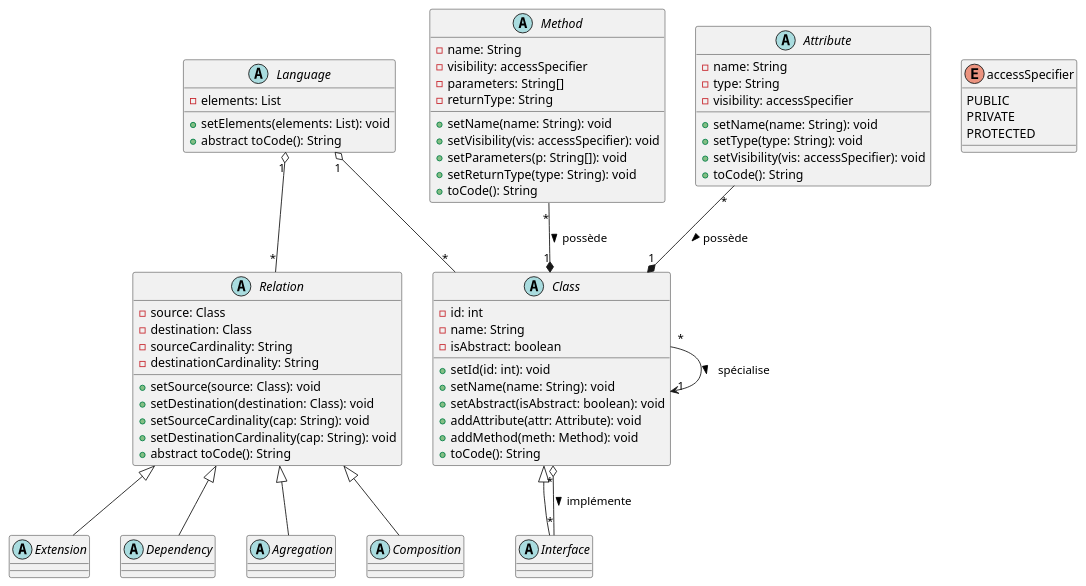
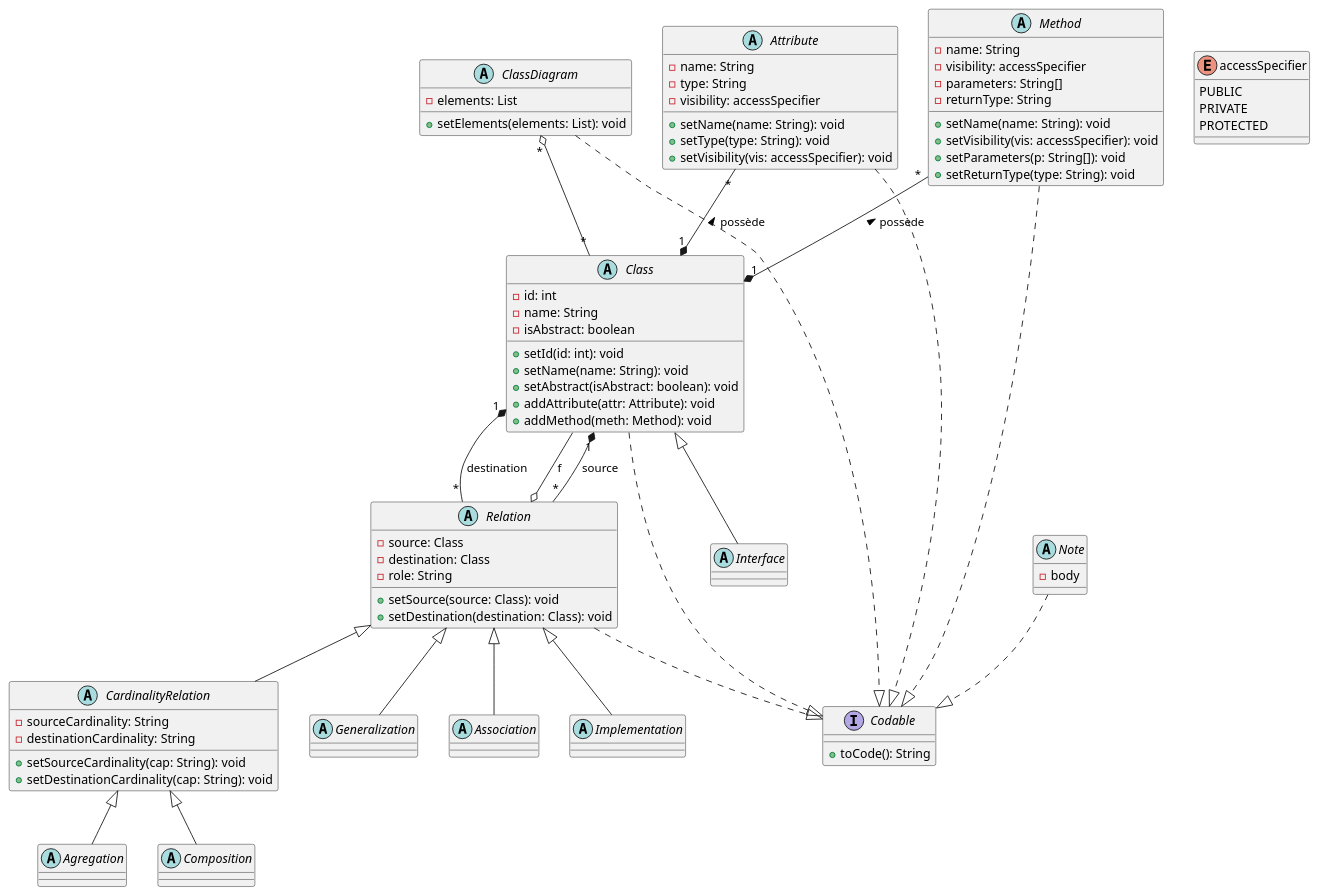
One commit to bobbysenior/uml2code-mirror changed the diagram in core/core_diagram.puml. Above: the diagram before and after it, drawn with PlantUML. The commit also changed 1 other file, not shown here.

Commit message:
start diagram correction (according to teacher's remarks)

```diff
--- a/core/core_diagram.puml
+++ b/core/core_diagram.puml
@@ -1,81 +1,107 @@
 @startuml
 
-abstract class Language {
+interface Codable {
+ + toCode(): String
+}
+
+abstract class ClassDiagram {
   - elements: List
   + setElements(elements: List): void
-  + abstract toCode(): String
+
 }
 
 abstract class Relation {
   - source: Class
   - destination: Class
+  - role: String
+
+  + setSource(source: Class): void
+  + setDestination(destination: Class): void
+
+}
+
+abstract class CardinalityRelation extends Relation {
   - sourceCardinality: String
   - destinationCardinality: String
-  
-  + setSource(source: Class): void
-  + setDestination(destination: Class): void
   + setSourceCardinality(cap: String): void
   + setDestinationCardinality(cap: String): void
-  + abstract toCode(): String
+  
 }
 
-abstract class Extension extends Relation {}
-abstract class Dependency extends Relation {}
-abstract class Agregation extends Relation {}
-abstract class Composition extends Relation {}
+
+
+abstract class Generalization extends Relation {}
+abstract class Association extends Relation {}
+abstract class Agregation extends CardinalityRelation {}
+abstract class Composition extends CardinalityRelation {}
+abstract class Implementation extends Relation {}
 
 abstract class Class {
   - id: int
   - name: String
   - isAbstract: boolean
   
   + setId(id: int): void
   + setName(name: String): void
   + setAbstract(isAbstract: boolean): void
   + addAttribute(attr: Attribute): void
   + addMethod(meth: Method): void
-  + toCode(): String
+
 }
 
 abstract class Method {
   - name: String
   - visibility: accessSpecifier
   - parameters: String[]
   - returnType: String
   
   + setName(name: String): void
   + setVisibility(vis: accessSpecifier): void
   + setParameters(p: String[]): void
   + setReturnType(type: String): void
-  + toCode(): String
+
 }
 
 abstract class Attribute {
   - name: String
   - type: String
   - visibility: accessSpecifier
   
   + setName(name: String): void
   + setType(type: String): void
   + setVisibility(vis: accessSpecifier): void
-  + toCode(): String
+
+}
+
+abstract class Note {
+  - body
+  
 }
 
 abstract class Interface extends Class {}
 
 enum accessSpecifier {
   PUBLIC
   PRIVATE
   PROTECTED
 }
 
 ' Relations
-Attribute "*" --* "1" Class : possède >
-Method "*" --* "1" Class : possède >
-Interface "*" --o "*" Class : implémente <
-Class "*" --> "1" Class : spécialise >
+Attribute "*" --* "1" Class : possède <
+Method "*" --* "1" Class : possède <
 
-Language "1" o-- "*" Relation
-Language "1" o-- "*" Class
+Relation "*" --* "1" Class : source
+Relation "*" --* "1" Class : destination
+Class --o Relation : f
+
+
+ClassDiagram "*" o-- "*" Class
+
+ClassDiagram ..|> Codable
+Class ..|> Codable
+Method ..|> Codable
+Attribute ..|> Codable
+Relation ..|> Codable
+Note ..|> Codable
 
 @enduml
```
